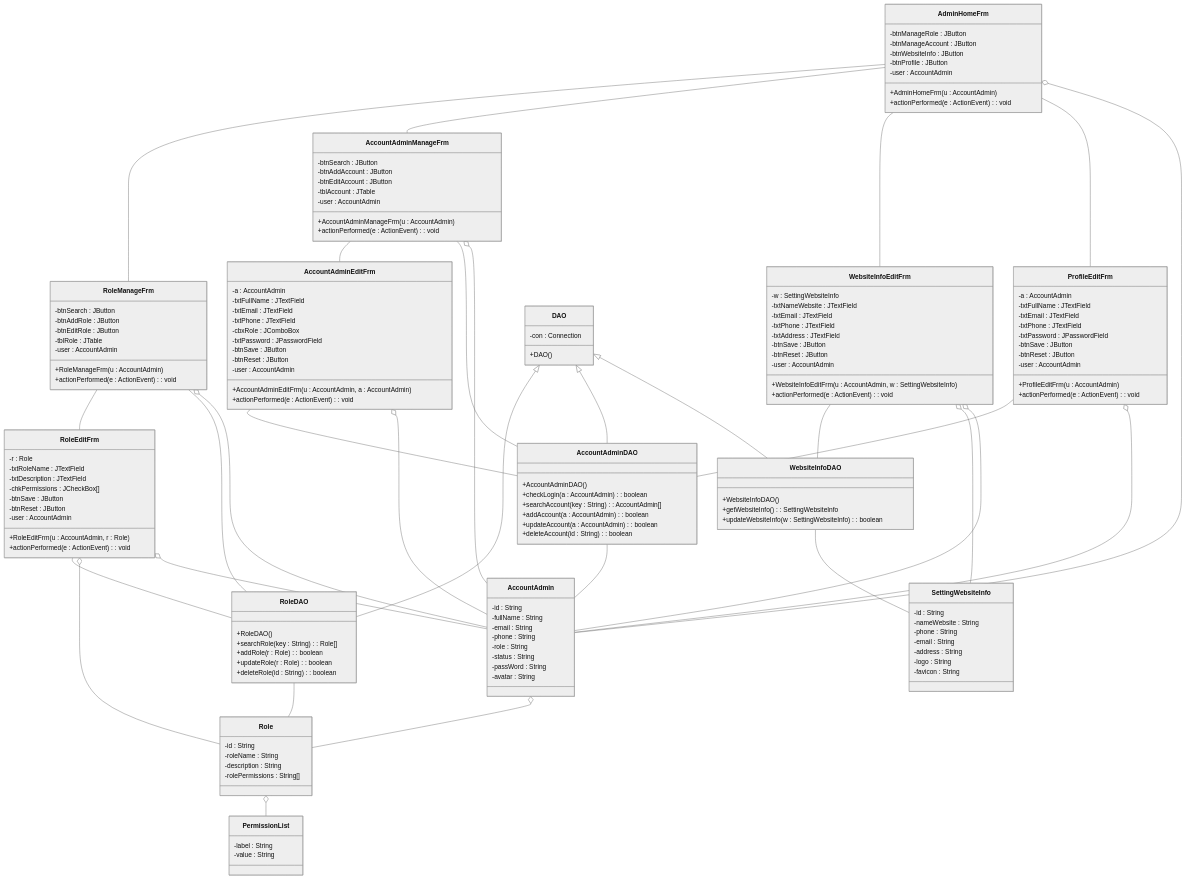
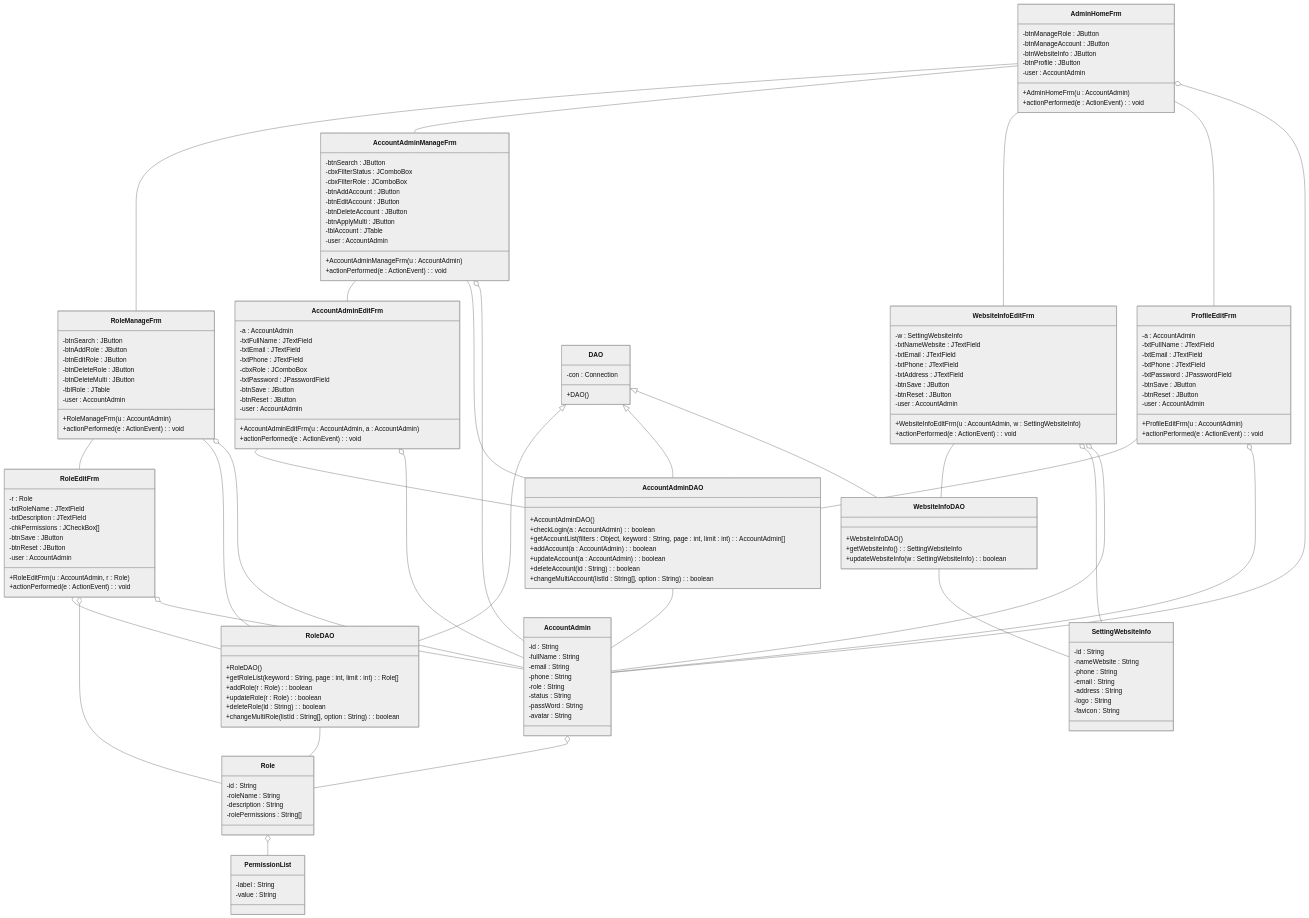
Before and after one commit to Hieuit04/Travel-Tour-Booking: diagram 22 of 44 in SYSTEM_DESIGN_ADMIN_SETTING_PROFILE.md, drawn with Mermaid (neutral theme). The commit also changed other lines of this file and 35 other files, not shown here.

```diff
--- a/SYSTEM_DESIGN_ADMIN_SETTING_PROFILE.md
+++ b/SYSTEM_DESIGN_ADMIN_SETTING_PROFILE.md
@@ -615,6 +1502,8 @@
         -btnSearch : JButton
         -btnAddRole : JButton
         -btnEditRole : JButton
+        -btnDeleteRole : JButton
+        -btnDeleteMulti : JButton
         -tblRole : JTable
         -user : AccountAdmin
         +RoleManageFrm(u : AccountAdmin)
@@ -635,8 +1524,12 @@
 
     class AccountAdminManageFrm {
         -btnSearch : JButton
+        -cbxFilterStatus : JComboBox
+        -cbxFilterRole : JComboBox
         -btnAddAccount : JButton
         -btnEditAccount : JButton
+        -btnDeleteAccount : JButton
+        -btnApplyMulti : JButton
         -tblAccount : JTable
         -user : AccountAdmin
         +AccountAdminManageFrm(u : AccountAdmin)
@@ -691,19 +1584,21 @@
 
     class RoleDAO {
         +RoleDAO()
-        +searchRole(key : String) : Role[]
+        +getRoleList(keyword : String, page : int, limit : int) : Role[]
         +addRole(r : Role) : boolean
         +updateRole(r : Role) : boolean
         +deleteRole(id : String) : boolean
+        +changeMultiRole(listId : String[], option : String) : boolean
     }
 
     class AccountAdminDAO {
         +AccountAdminDAO()
         +checkLogin(a : AccountAdmin) : boolean
-        +searchAccount(key : String) : AccountAdmin[]
+        +getAccountList(filters : Object, keyword : String, page : int, limit : int) : AccountAdmin[]
         +addAccount(a : AccountAdmin) : boolean
         +updateAccount(a : AccountAdmin) : boolean
         +deleteAccount(id : String) : boolean
+        +changeMultiAccount(listId : String[], option : String) : boolean
     }
 
     class WebsiteInfoDAO {
```
